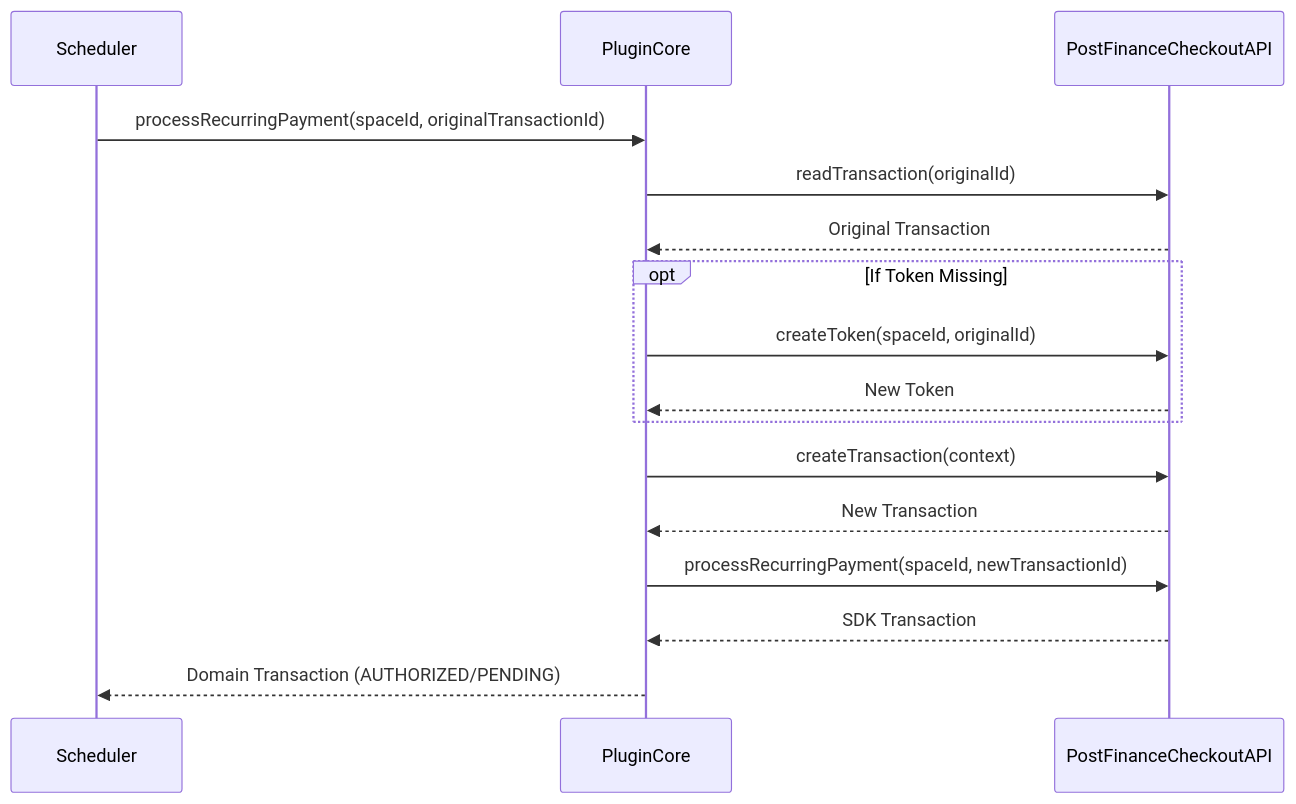
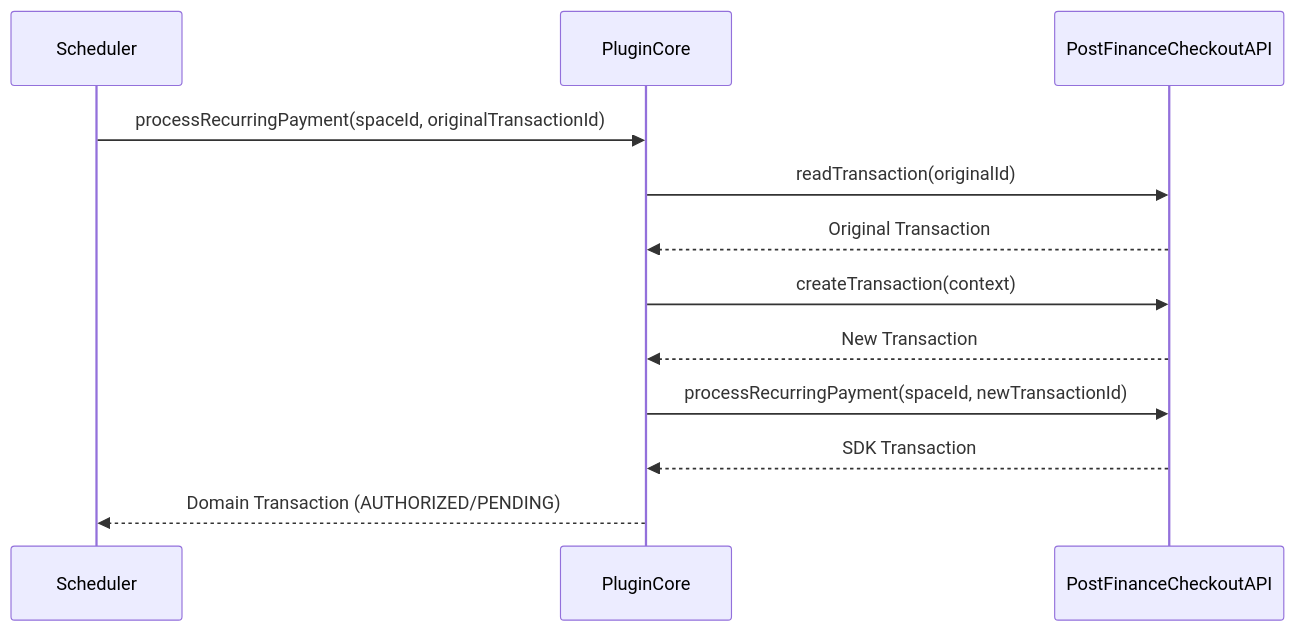
Before and after one commit to pfpayments/plugin-core: the diagram in docs/Recurring/README.md, drawn with Mermaid. The commit also changed other lines of this file and 47 other files, not shown here.

````diff
--- a/docs/Recurring/README.md
+++ b/docs/Recurring/README.md
@@ -64,22 +79,17 @@
 ```mermaid
 sequenceDiagram
     participant Scheduler
     participant PluginCore
     participant PostFinanceCheckoutAPI
 
     Scheduler->>PluginCore: processRecurringPayment(spaceId, originalTransactionId)
     PluginCore->>PostFinanceCheckoutAPI: readTransaction(originalId)
     PostFinanceCheckoutAPI-->>PluginCore: Original Transaction
-    
-    opt If Token Missing
-        PluginCore->>PostFinanceCheckoutAPI: createToken(spaceId, originalId)
-        PostFinanceCheckoutAPI-->>PluginCore: New Token
-    end
 
     PluginCore->>PostFinanceCheckoutAPI: createTransaction(context)
     PostFinanceCheckoutAPI-->>PluginCore: New Transaction
 
     PluginCore->>PostFinanceCheckoutAPI: processRecurringPayment(spaceId, newTransactionId)
     PostFinanceCheckoutAPI-->>PluginCore: SDK Transaction
     PluginCore-->>Scheduler: Domain Transaction (AUTHORIZED/PENDING)
 ```
````
